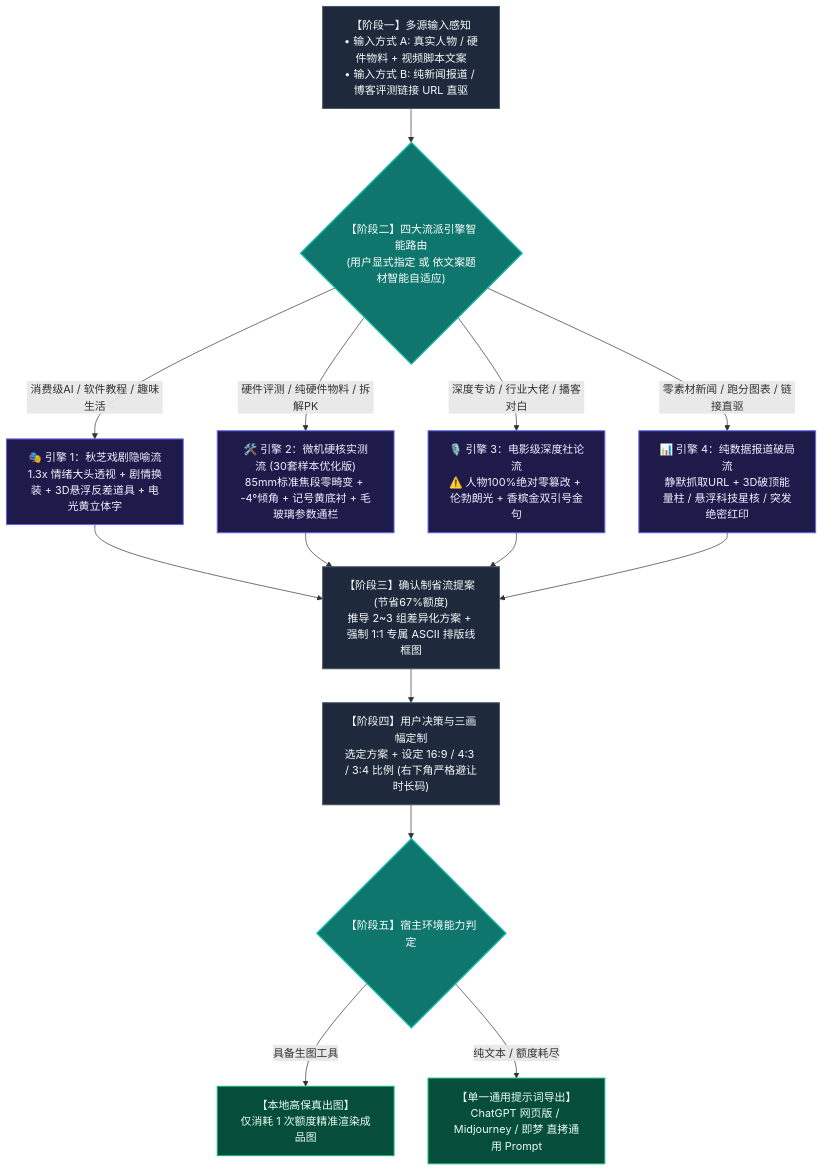
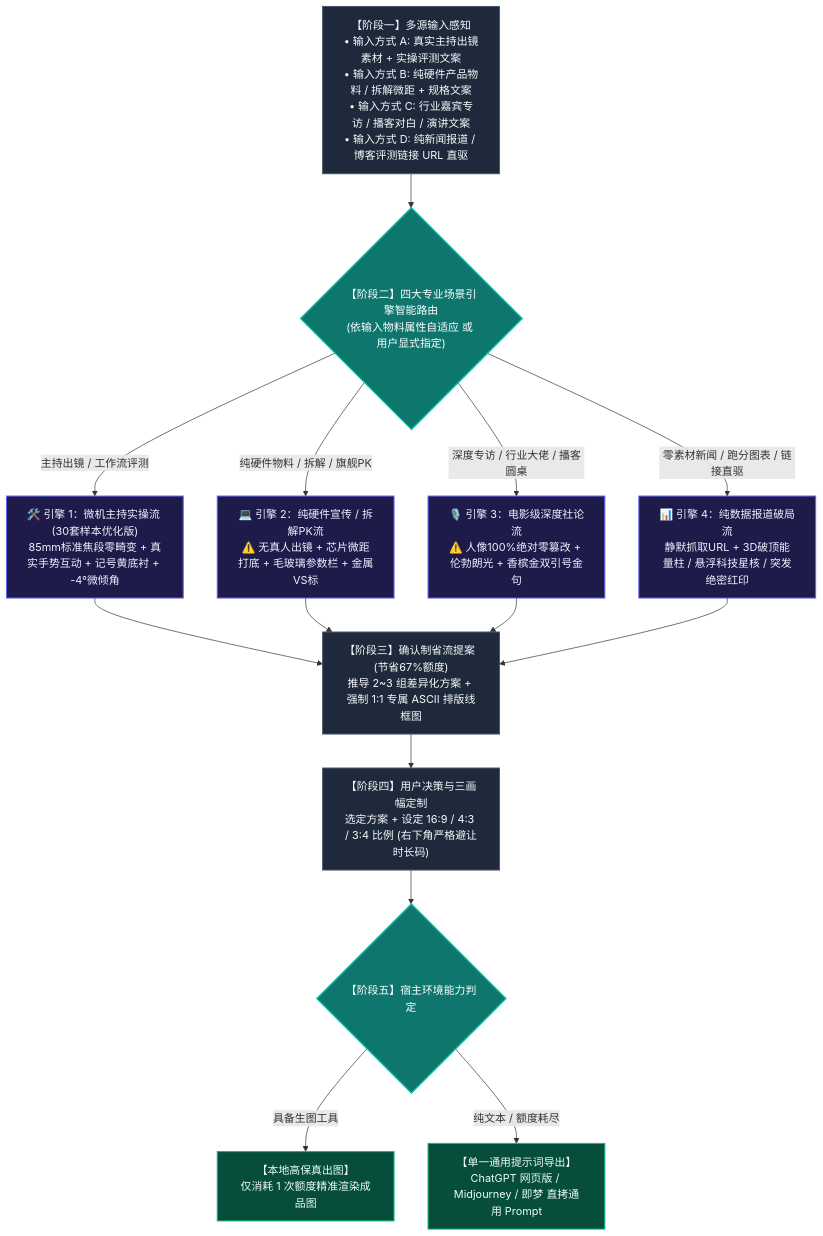
Before and after one commit to XuBeiYou408/video-cover-designer: the diagram in README.md, drawn with Mermaid. The commit also changed other lines of this file and 1 other file, not shown here.

````diff
--- a/README.md
+++ b/README.md
@@ -9,31 +9,31 @@
 ```mermaid
 flowchart TD
-    A["【阶段一】多源输入感知<br>• 输入方式 A: 真实人物 / 硬件物料 + 视频脚本文案<br>• 输入方式 B: 纯新闻报道 / 博客评测链接 URL 直驱"]
-    --> B{"【阶段二】四大流派引擎智能路由<br>(用户显式指定 或 依文案题材智能自适应)"}
+    A["【阶段一】多源输入感知<br>• 输入方式 A: 真实主持出镜素材 + 实操评测文案<br>• 输入方式 B: 纯硬件产品物料 / 拆解微距 + 规格文案<br>• 输入方式 C: 行业嘉宾专访 / 播客对白 / 演讲文案<br>• 输入方式 D: 纯新闻报道 / 博客评测链接 URL 直驱"]
+    --> B{"【阶段二】四大专业场景引擎智能路由<br>(依输入物料属性自适应 或 用户显式指定)"}
 
-    B -->|消费级AI / 软件教程 / 趣味生活| C1["🎭 引擎 1：秋芝戏剧隐喻流<br>1.3x 情绪大头透视 + 剧情换装 + 3D悬浮反差道具 + 电光黄立体字"]
-    B -->|硬件评测 / 纯硬件物料 / 拆解PK| C2["🛠️ 引擎 2：微机硬核实测流 (30套样本优化版)<br>85mm标准焦段零畸变 + -4°倾角 + 记号黄底衬 + 毛玻璃参数通栏"]
-    B -->|深度专访 / 行业大佬 / 播客对白| C3["🎙️ 引擎 3：电影级深度社论流<br>⚠️ 人物100%绝对零篡改 + 伦勃朗光 + 香槟金双引号金句"]
+    B -->|主持出镜 / 工作流评测| C1["🛠️ 引擎 1：微机主持实操流 (30套样本优化版)<br>85mm标准焦段零畸变 + 真实手势互动 + 记号黄底衬 + -4°微倾角"]
+    B -->|纯硬件物料 / 拆解 / 旗舰PK| C2["💻 引擎 2：纯硬件宣传 / 拆解PK流<br>⚠️ 无真人出镜 + 芯片微距打底 + 毛玻璃参数栏 + 金属VS标"]
+    B -->|深度专访 / 行业大佬 / 播客圆桌| C3["🎙️ 引擎 3：电影级深度社论流<br>⚠️ 人像100%绝对零篡改 + 伦勃朗光 + 香槟金双引号金句"]
     B -->|零素材新闻 / 跑分图表 / 链接直驱| C4["📊 引擎 4：纯数据报道破局流<br>静默抓取URL + 3D破顶能量柱 / 悬浮科技星核 / 突发绝密红印"]
 
     C1 --> D["【阶段三】确认制省流提案 (节省67%额度)<br>推导 2~3 组差异化方案 + 强制 1:1 专属 ASCII 排版线框图"]
     C2 --> D
     C3 --> D
     C4 --> D
 
     D --> E["【阶段四】用户决策与三画幅定制<br>选定方案 + 设定 16:9 / 4:3 / 3:4 比例 (右下角严格避让时长码)"]
 
     E --> F{"【阶段五】宿主环境能力判定"}
     F -->|具备生图工具| G["【本地高保真出图】<br>仅消耗 1 次额度精准渲染成品图"]
     F -->|纯文本 / 额度耗尽| H["【单一通用提示词导出】<br>ChatGPT 网页版 / Midjourney / 即梦 直拷通用 Prompt"]
 
     classDef stage fill:#1E293B,stroke:#475569,color:#F8FAFC,stroke-width:1.5px;
     classDef decision fill:#0F766E,stroke:#14B8A6,color:#FFFFFF,stroke-width:2px;
     classDef engine fill:#1E1B4B,stroke:#6366F1,color:#EEF2FF,stroke-width:1.5px;
     classDef output fill:#064E3B,stroke:#10B981,color:#ECFDF5,stroke-width:1.5px;
 
     class A,D,E stage;
     class B,F decision;
     class C1,C2,C3,C4 engine;
     class G,H output;
 ```
````
